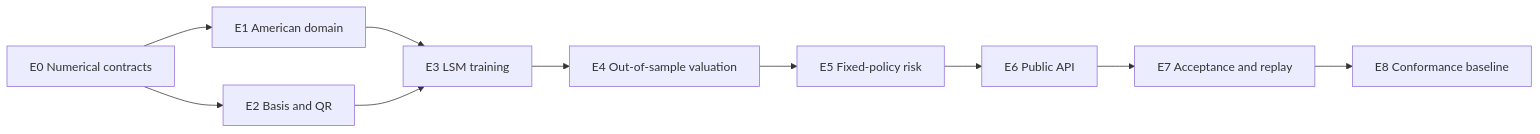
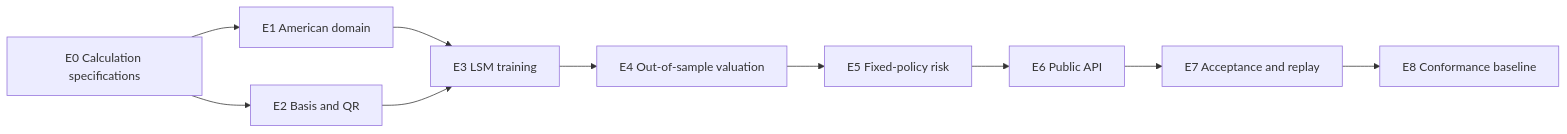
Before and after one commit to msfmfjt/rust-pricing-library: the diagram in design/roadmaps/early-exercise-roadmap-v0.1.md, drawn with Mermaid. The commit also changed other lines of this file and 34 other files, not shown here.

Commit message:
docs: rename numerical contracts to calculation specifications

````diff
--- a/design/roadmaps/early-exercise-roadmap-v0.1.md
+++ b/design/roadmaps/early-exercise-roadmap-v0.1.md
@@ -93,12 +93,12 @@
 ```mermaid
 flowchart LR
-    E0["E0 Numerical contracts"] --> E1["E1 American domain"]
+    E0["E0 Calculation specifications"] --> E1["E1 American domain"]
     E0 --> E2["E2 Basis and QR"]
     E1 --> E3["E3 LSM training"]
     E2 --> E3
     E3 --> E4["E4 Out-of-sample valuation"]
     E4 --> E5["E5 Fixed-policy risk"]
     E5 --> E6["E6 Public API"]
     E6 --> E7["E7 Acceptance and replay"]
     E7 --> E8["E8 Conformance baseline"]
 ```
````
